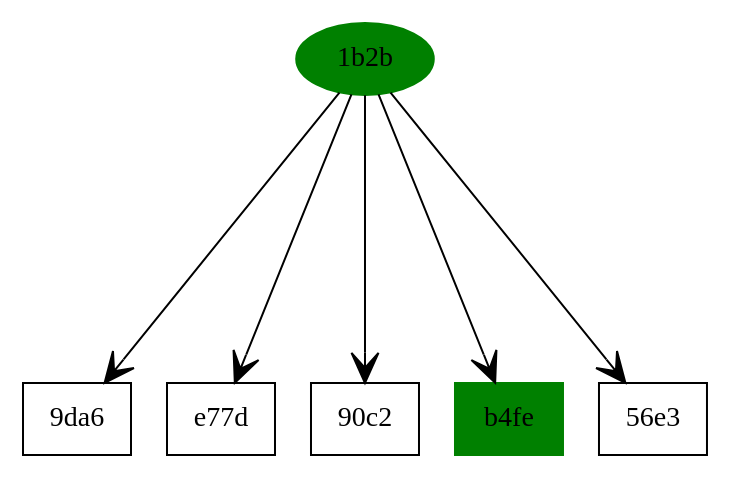
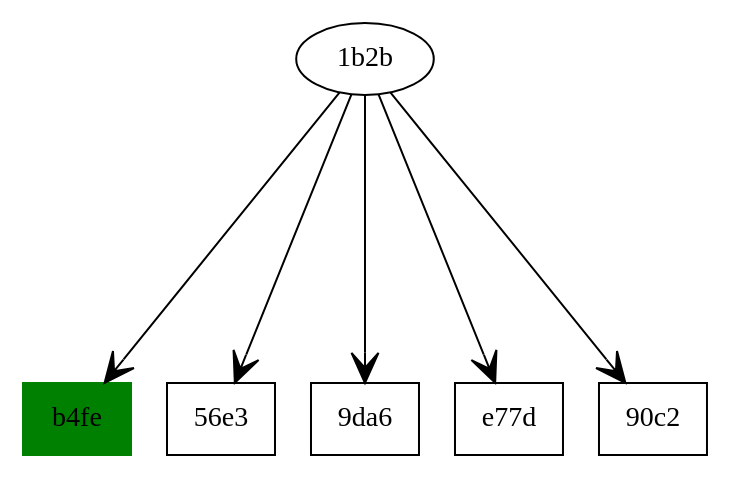
One commit to HMohammad1/Application_for_Data_Visualization changed the diagram in doctest-output/also_likes.gv. Above: the diagram before and after it, drawn with Graphviz. The commit also changed 7 other files, not shown here.

```diff
--- a/doctest-output/also_likes.gv
+++ b/doctest-output/also_likes.gv
@@ -1,20 +1,20 @@
 // Also Likes Graph
 digraph also_likes {
 	edge [arrowhead=vee arrowsize=1.5]
 	ranksep=2
+	b4fe [label=b4fe color=green fillcolor=green shape=box style=filled]
+	"1b2b" [label="1b2b"]
+	"1b2b" -> b4fe
+	"56e3" [label="56e3" shape=box]
+	"1b2b" [label="1b2b"]
+	"1b2b" -> "56e3"
 	"9da6" [label="9da6" shape=box]
-	"1b2b" [label="1b2b" color=green fillcolor=green style=filled]
+	"1b2b" [label="1b2b"]
 	"1b2b" -> "9da6"
 	e77d [label=e77d shape=box]
-	"1b2b" [label="1b2b" color=green fillcolor=green style=filled]
+	"1b2b" [label="1b2b"]
 	"1b2b" -> e77d
 	"90c2" [label="90c2" shape=box]
-	"1b2b" [label="1b2b" color=green fillcolor=green style=filled]
+	"1b2b" [label="1b2b"]
 	"1b2b" -> "90c2"
-	b4fe [label=b4fe color=green fillcolor=green shape=box style=filled]
-	"1b2b" [label="1b2b" color=green fillcolor=green style=filled]
-	"1b2b" -> b4fe
-	"56e3" [label="56e3" shape=box]
-	"1b2b" [label="1b2b" color=green fillcolor=green style=filled]
-	"1b2b" -> "56e3"
 }
```
